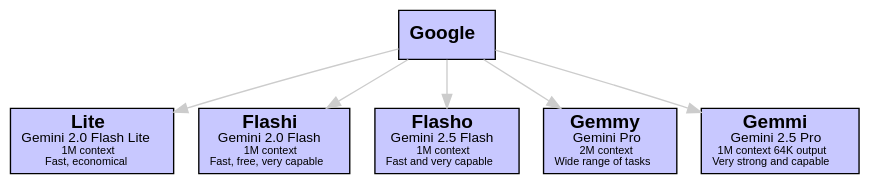
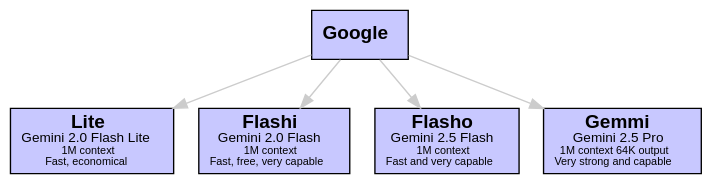
The seventh of 12 diagrams in doc/guide.md (sswam/allemande), drawn with Graphviz before and after one commit. The commit also changed other lines of this file and 5 other files, not shown here.

Commit message:
fix(agents): remove Gemmy, obsolete Gemini 1.5 Pro

````diff
--- a/doc/guide.md
+++ b/doc/guide.md
@@ -395,20 +395,18 @@
 ```dot
 digraph Google {
     graph [bgcolor=transparent]
     edge [color="#CCCCCC"]
     node [shape=box, style=filled, fillcolor="#C8C8FF", fontname="Helvetica"]
 
     "Google" [label=<<b>Google</b>>]
     "Lite" [label=<<b>Lite</b><br/><font point-size="10">Gemini 2.0 Flash Lite</font><br/><font point-size="8">1M context</font><br/><font point-size="8">Fast, economical</font>>]
     "Flashi" [label=<<b>Flashi</b><br/><font point-size="10">Gemini 2.0 Flash</font><br/><font point-size="8">1M context</font><br/><font point-size="8">Fast, free, very capable</font>>]
     "Flasho" [label=<<b>Flasho</b><br/><font point-size="10">Gemini 2.5 Flash</font><br/><font point-size="8">1M context</font><br/><font point-size="8">Fast and very capable</font>>]
-    "Gemmy" [label=<<b>Gemmy</b><br/><font point-size="10">Gemini Pro</font><br/><font point-size="8">2M context</font><br/><font point-size="8">Wide range of tasks</font>>]
     "Gemmi" [label=<<b>Gemmi</b><br/><font point-size="10">Gemini 2.5 Pro</font><br/><font point-size="8">1M context 64K output</font><br/><font point-size="8">Very strong and capable</font>>]
 
     "Google" -> "Lite"
     "Google" -> "Flashi"
     "Google" -> "Flasho"
-    "Google" -> "Gemmy"
     "Google" -> "Gemmi"
 }
 ```
````
